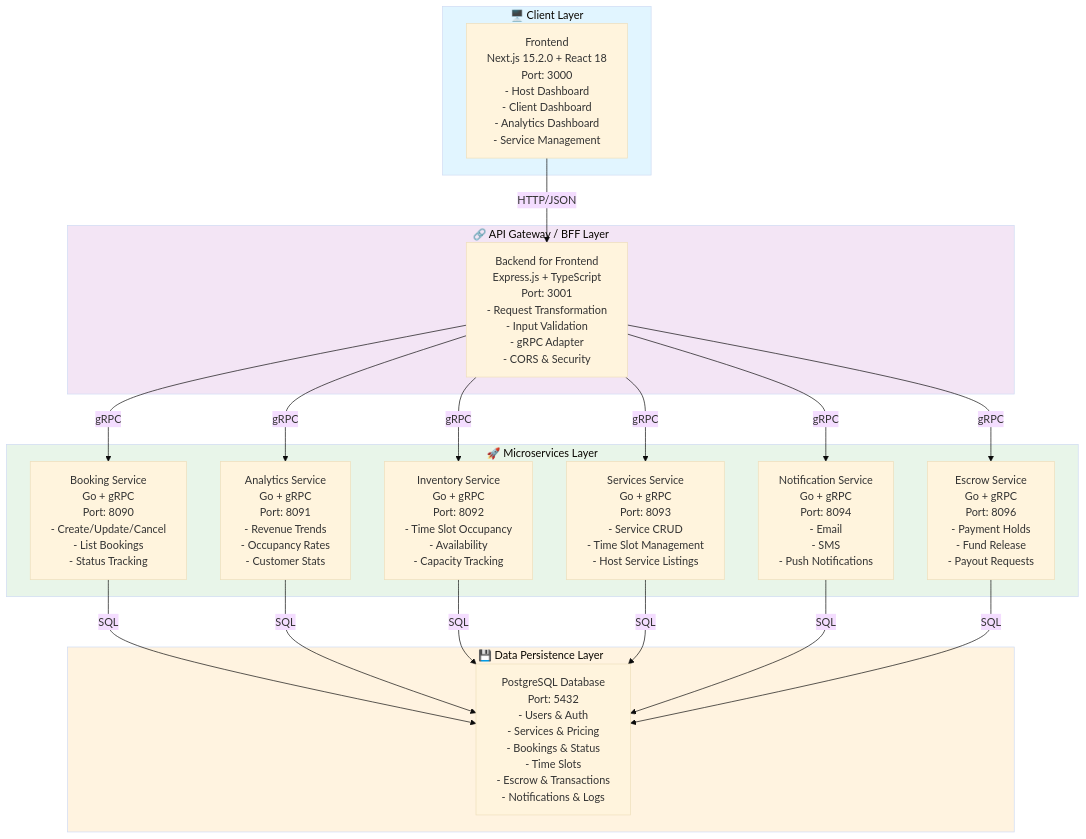
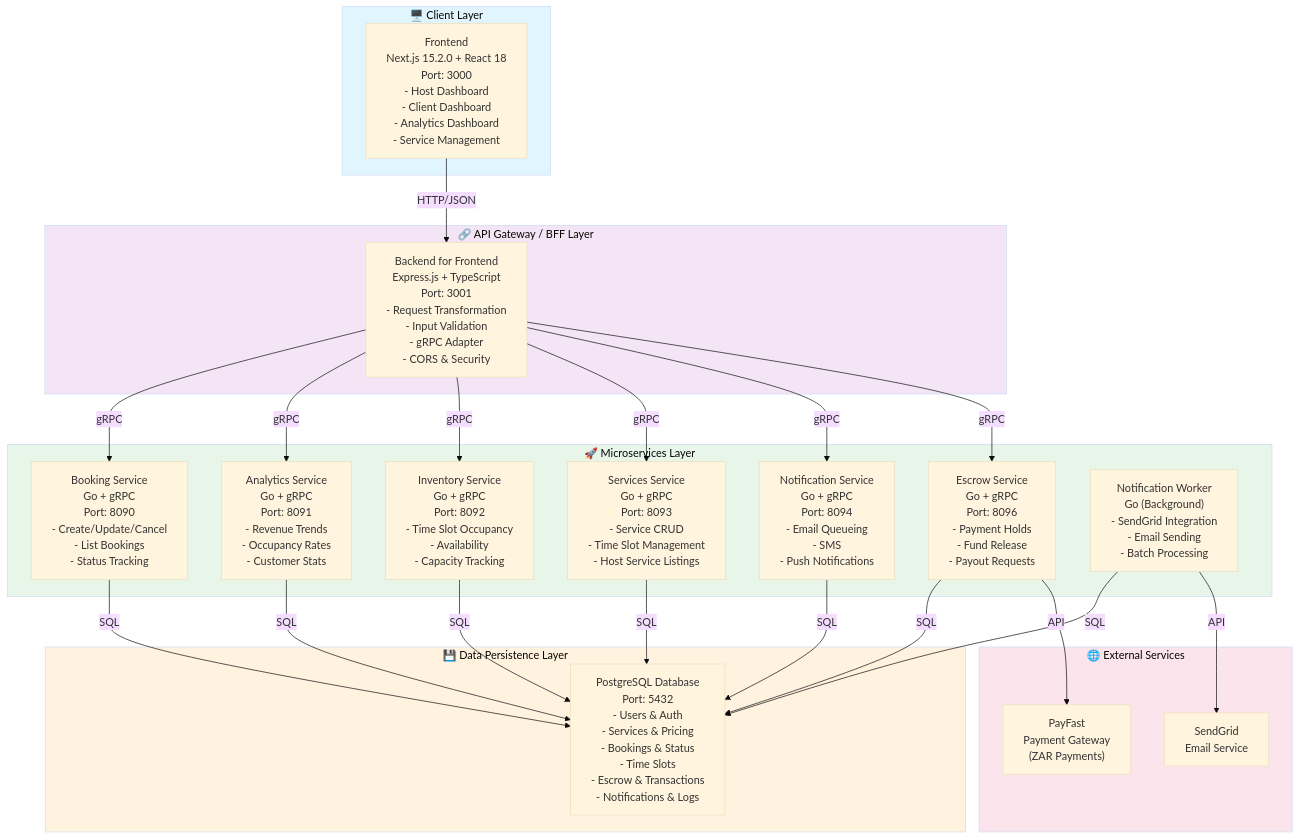
One commit to bshongwe/intelli-reserve changed the first of 4 diagrams in docs/ARCHITECTURE.md. Above: the diagram before and after it, drawn with Mermaid (base theme). The commit also changed other lines of this file, not shown here.

Commit message:
feat: enhance architecture documentation with Notification Worker and PayFast integration details

````diff
--- a/docs/ARCHITECTURE.md
+++ b/docs/ARCHITECTURE.md
@@ -7,42 +7,52 @@
 ```mermaid
 graph TB
     subgraph Client["🖥️ Client Layer"]
         FE["Frontend<br/>Next.js 15.2.0 + React 18<br/>Port: 3000<br/>- Host Dashboard<br/>- Client Dashboard<br/>- Analytics Dashboard<br/>- Service Management"]
     end
     
     subgraph BFF["🔗 API Gateway / BFF Layer"]
         BFFE["Backend for Frontend<br/>Express.js + TypeScript<br/>Port: 3001<br/>- Request Transformation<br/>- Input Validation<br/>- gRPC Adapter<br/>- CORS & Security"]
     end
     
     subgraph Services["🚀 Microservices Layer"]
         BS["Booking Service<br/>Go + gRPC<br/>Port: 8090<br/>- Create/Update/Cancel<br/>- List Bookings<br/>- Status Tracking"]
         AS["Analytics Service<br/>Go + gRPC<br/>Port: 8091<br/>- Revenue Trends<br/>- Occupancy Rates<br/>- Customer Stats"]
         IS["Inventory Service<br/>Go + gRPC<br/>Port: 8092<br/>- Time Slot Occupancy<br/>- Availability<br/>- Capacity Tracking"]
         SS["Services Service<br/>Go + gRPC<br/>Port: 8093<br/>- Service CRUD<br/>- Time Slot Management<br/>- Host Service Listings"]
-        NS["Notification Service<br/>Go + gRPC<br/>Port: 8094<br/>- Email<br/>- SMS<br/>- Push Notifications"]
+        NS["Notification Service<br/>Go + gRPC<br/>Port: 8094<br/>- Email Queueing<br/>- SMS<br/>- Push Notifications"]
         ES["Escrow Service<br/>Go + gRPC<br/>Port: 8096<br/>- Payment Holds<br/>- Fund Release<br/>- Payout Requests"]
+        NW["Notification Worker<br/>Go (Background)<br/>- SendGrid Integration<br/>- Email Sending<br/>- Batch Processing"]
+    end
+    
+    subgraph External["🌐 External Services"]
+        SG["SendGrid<br/>Email Service"]
+        PF["PayFast<br/>Payment Gateway<br/>(ZAR Payments)"]
     end
     
     subgraph Data["💾 Data Persistence Layer"]
         DB["PostgreSQL Database<br/>Port: 5432<br/>- Users & Auth<br/>- Services & Pricing<br/>- Bookings & Status<br/>- Time Slots<br/>- Escrow & Transactions<br/>- Notifications & Logs"]
     end
     
     FE -->|HTTP/JSON| BFFE
     BFFE -->|gRPC| BS
     BFFE -->|gRPC| AS
     BFFE -->|gRPC| IS
     BFFE -->|gRPC| SS
     BFFE -->|gRPC| NS
     BFFE -->|gRPC| ES
     BS -->|SQL| DB
     AS -->|SQL| DB
     IS -->|SQL| DB
     SS -->|SQL| DB
     NS -->|SQL| DB
     ES -->|SQL| DB
+    NW -->|SQL| DB
+    ES -->|API| PF
+    NW -->|API| SG
     
     style Client fill:#e1f5ff
     style BFF fill:#f3e5f5
     style Services fill:#e8f5e9
+    style External fill:#fce4ec
     style Data fill:#fff3e0
 ```
````
